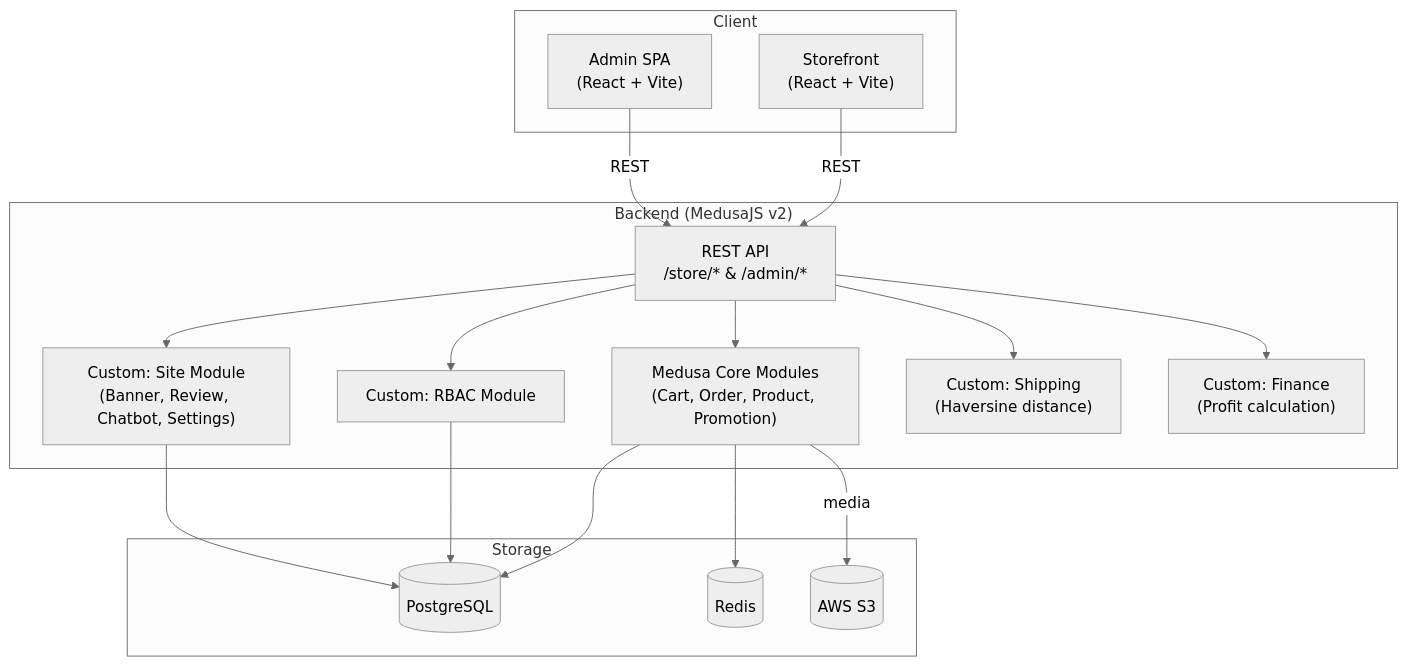
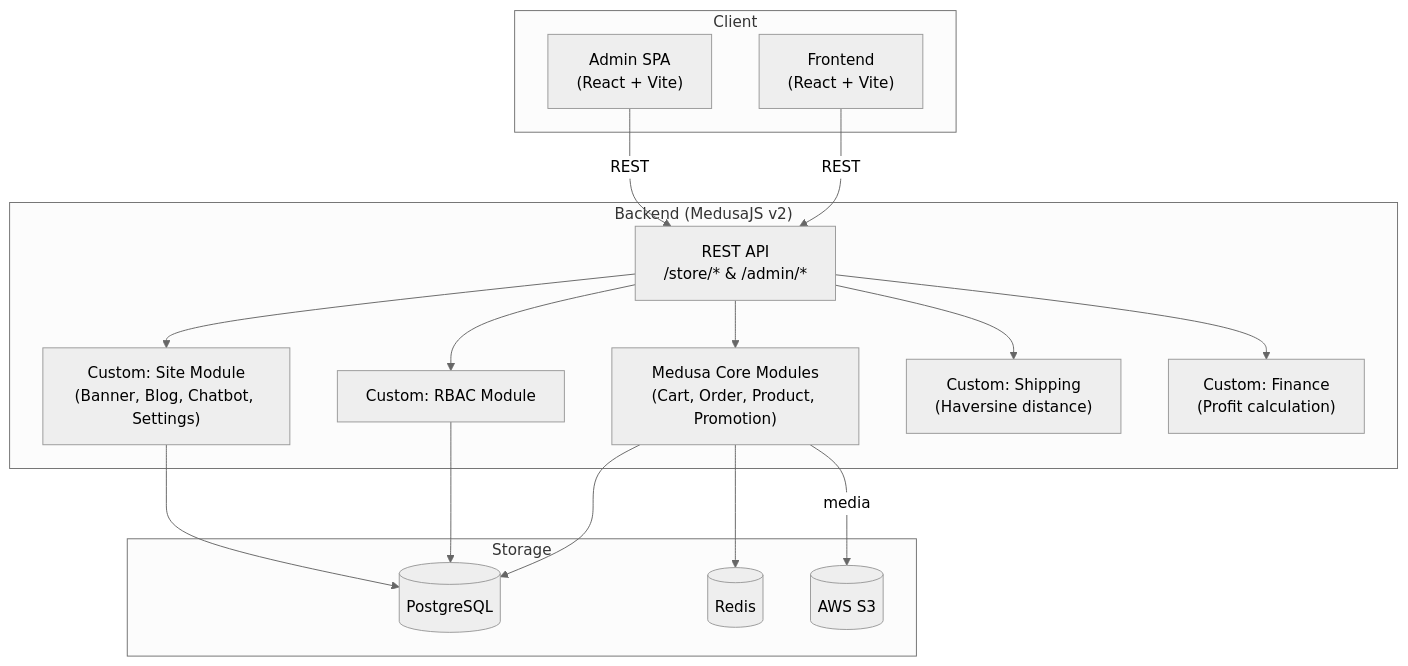
One commit to pathust/mong.fruitboxz changed the first of 3 diagrams in docs/00-overview.md. Above: the diagram before and after it, drawn with Mermaid (neutral theme). The commit also changed other lines of this file and 234 other files, not shown here.

Commit message:
chore: remove review feature and rename storefront to frontend

````diff
--- a/docs/00-overview.md
+++ b/docs/00-overview.md
@@ -29,35 +29,35 @@
 ```mermaid
 graph TB
     subgraph Client
-        SF["Storefront\n(React + Vite)"]
+        SF["Frontend\n(React + Vite)"]
         ADM["Admin SPA\n(React + Vite)"]
     end
 
     subgraph Backend ["Backend (MedusaJS v2)"]
         API["REST API\n/store/* & /admin/*"]
         CORE["Medusa Core Modules\n(Cart, Order, Product, Promotion)"]
         RBAC["Custom: RBAC Module"]
-        SITE["Custom: Site Module\n(Banner, Review, Chatbot, Settings)"]
+        SITE["Custom: Site Module\n(Banner, Blog, Chatbot, Settings)"]
         SHIP["Custom: Shipping\n(Haversine distance)"]
         FIN["Custom: Finance\n(Profit calculation)"]
     end
 
     subgraph Storage
         PG[("PostgreSQL")]
         RD[("Redis")]
         S3[("AWS S3")]
     end
 
     SF -->|REST| API
     ADM -->|REST| API
     API --> CORE
     API --> RBAC
     API --> SITE
     API --> SHIP
     API --> FIN
     CORE --> PG
     RBAC --> PG
     SITE --> PG
     CORE --> RD
     CORE -->|media| S3
 ```
````
